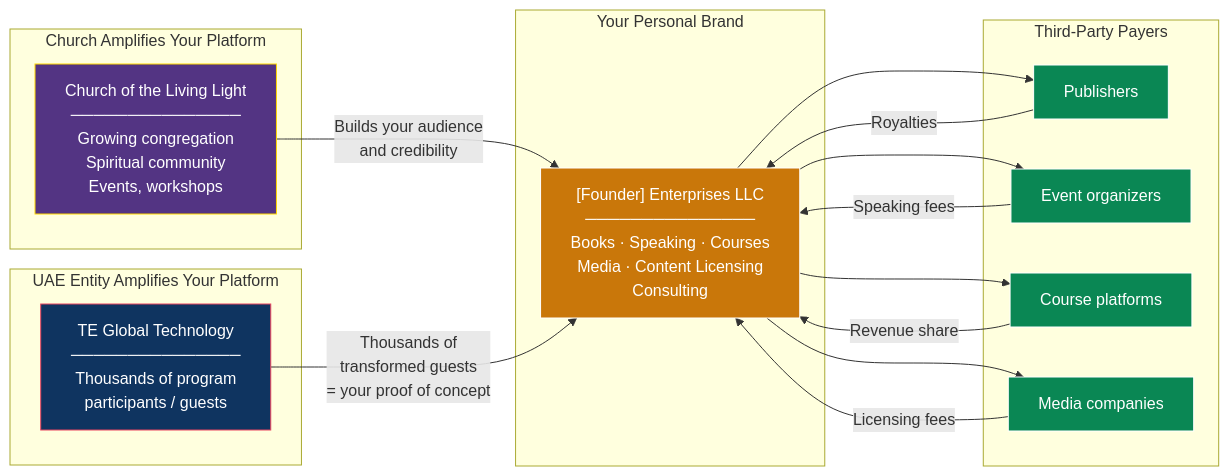
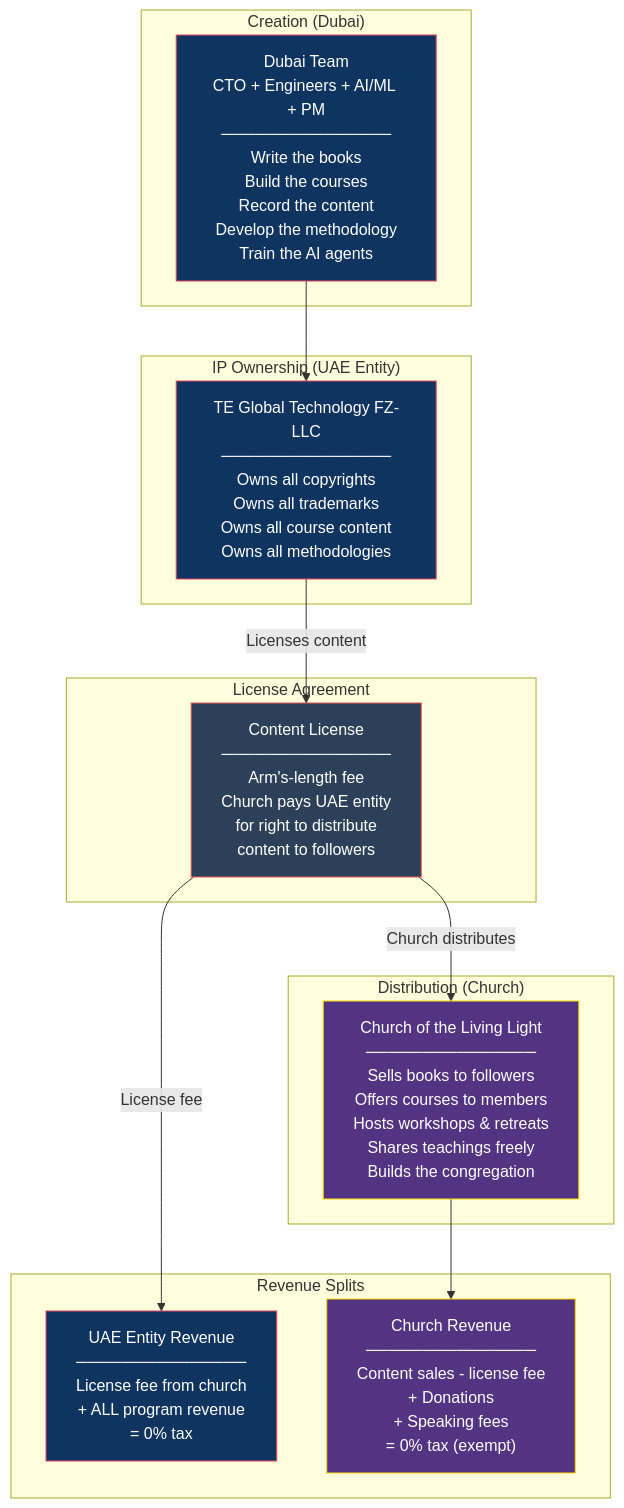
Before and after one commit to Light-Brands/epic-center: the second of 4 diagrams in docs/strategy/US_508C1A_REVISED_DONATION_MODEL.md, drawn with Mermaid. The commit also changed other lines of this file, not shown here.

````diff
--- a/docs/strategy/US_508C1A_REVISED_DONATION_MODEL.md
+++ b/docs/strategy/US_508C1A_REVISED_DONATION_MODEL.md
@@ -236,41 +201,36 @@
 ```mermaid
-graph LR
-    subgraph "Church Amplifies Your Platform"
-        CHURCH["Church of the Living Light<br/>───────────────<br/>Growing congregation<br/>Spiritual community<br/>Events, workshops"]
+graph TB
+    subgraph "Creation (Dubai)"
+        TEAM["Dubai Team<br/>CTO + Engineers + AI/ML + PM<br/>───────────────<br/>Write the books<br/>Build the courses<br/>Record the content<br/>Develop the methodology<br/>Train the AI agents"]
     end
 
-    subgraph "UAE Entity Amplifies Your Platform"
-        UAE["TE Global Technology<br/>───────────────<br/>Thousands of program<br/>participants / guests"]
+    subgraph "IP Ownership (UAE Entity)"
+        IP["TE Global Technology FZ-LLC<br/>───────────────<br/>Owns all copyrights<br/>Owns all trademarks<br/>Owns all course content<br/>Owns all methodologies"]
     end
 
-    subgraph "Your Personal Brand"
-        BRAND["[Founder] Enterprises LLC<br/>───────────────<br/>Books · Speaking · Courses<br/>Media · Content Licensing<br/>Consulting"]
+    subgraph "License Agreement"
+        LICENSE["Content License<br/>───────────────<br/>Arm's-length fee<br/>Church pays UAE entity<br/>for right to distribute<br/>content to followers"]
     end
 
-    subgraph "Third-Party Payers"
-        PUB["Publishers"]
-        EVENTS["Event organizers"]
-        PLATFORMS["Course platforms"]
-        MEDIA["Media companies"]
+    subgraph "Distribution (Church)"
+        DIST["Church of the Living Light<br/>───────────────<br/>Sells books to followers<br/>Offers courses to members<br/>Hosts workshops & retreats<br/>Shares teachings freely<br/>Builds the congregation"]
     end
 
-    CHURCH -->|"Builds your audience<br/>and credibility"| BRAND
-    UAE -->|"Thousands of<br/>transformed guests<br/>= your proof of concept"| BRAND
-    BRAND --> PUB
-    BRAND --> EVENTS
-    BRAND --> PLATFORMS
-    BRAND --> MEDIA
+    subgraph "Revenue Splits"
+        UAE_REV["UAE Entity Revenue<br/>───────────────<br/>License fee from church<br/>+ ALL program revenue<br/>= 0% tax"]
+        CHURCH_REV["Church Revenue<br/>───────────────<br/>Content sales - license fee<br/>+ Donations<br/>+ Speaking fees<br/>= 0% tax (exempt)"]
+    end
 
-    PUB -->|"Royalties"| BRAND
-    EVENTS -->|"Speaking fees"| BRAND
-    PLATFORMS -->|"Revenue share"| BRAND
-    MEDIA -->|"Licensing fees"| BRAND
+    TEAM --> IP
+    IP -->|"Licenses content"| LICENSE
+    LICENSE -->|"Church distributes"| DIST
+    DIST --> CHURCH_REV
+    LICENSE -->|"License fee"| UAE_REV
 
-    style CHURCH fill:#533483,stroke:#ffd700,color:#fff
-    style UAE fill:#0f3460,stroke:#e94560,color:#fff
-    style BRAND fill:#c9770a,stroke:#fff,color:#fff
-    style PUB fill:#0a8754,stroke:#fff,color:#fff
-    style EVENTS fill:#0a8754,stroke:#fff,color:#fff
-    style PLATFORMS fill:#0a8754,stroke:#fff,color:#fff
-    style MEDIA fill:#0a8754,stroke:#fff,color:#fff
+    style TEAM fill:#0f3460,stroke:#e94560,color:#fff
+    style IP fill:#0f3460,stroke:#e94560,color:#fff
+    style LICENSE fill:#2d4059,stroke:#ea5455,color:#fff
+    style DIST fill:#533483,stroke:#ffd700,color:#fff
+    style UAE_REV fill:#0f3460,stroke:#e94560,color:#fff
+    style CHURCH_REV fill:#533483,stroke:#ffd700,color:#fff
 ```
````
